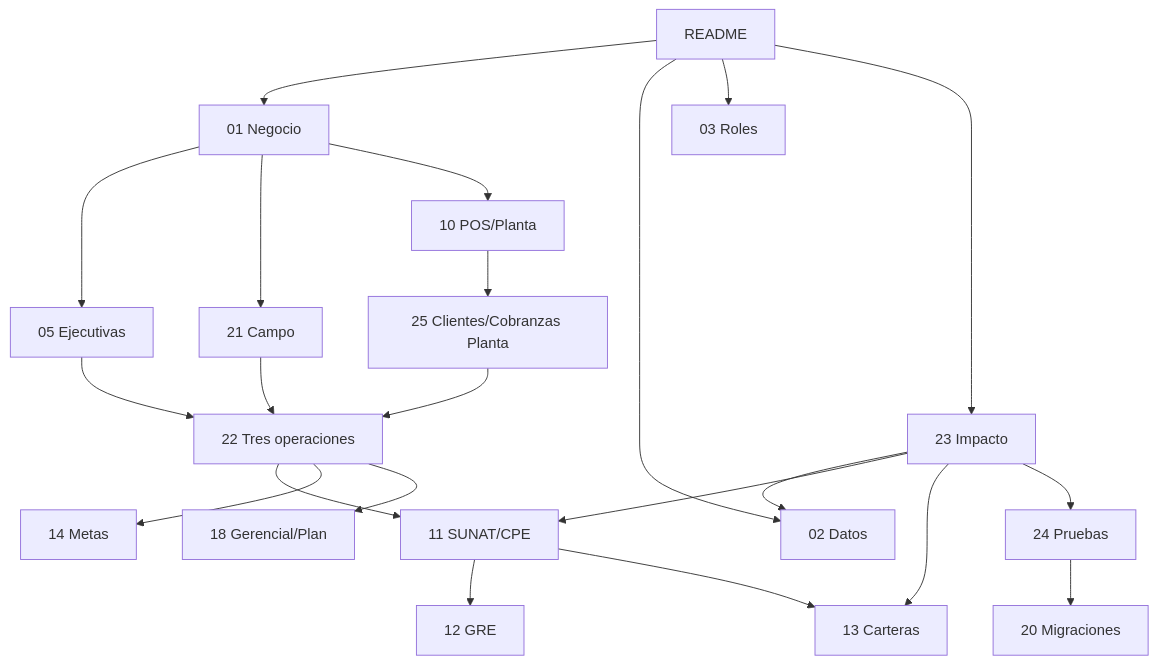
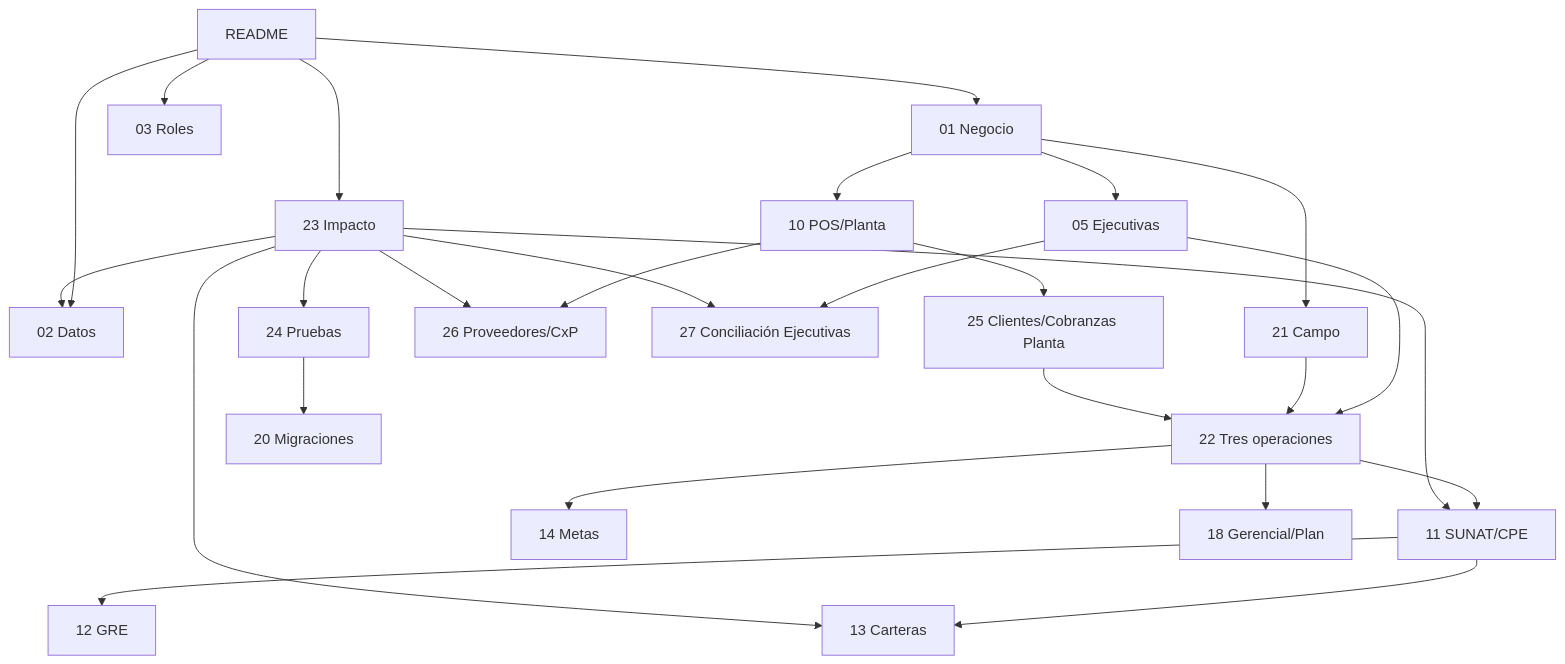
Before and after one commit to HugoHerreraCoach/transavic: the diagram in docs/arquitectura/README.md, drawn with Mermaid. The commit also changed other lines of this file and 81 other files, not shown here.

````diff
--- a/docs/arquitectura/README.md
+++ b/docs/arquitectura/README.md
@@ -65,28 +70,32 @@
 ```mermaid
 graph TD
     R[README] --> N[01 Negocio]
     R --> D[02 Datos]
     R --> P[03 Roles]
     R --> I[23 Impacto]
 
     N --> E[05 Ejecutivas]
     N --> C[21 Campo]
     N --> POS[10 POS/Planta]
     POS --> CP[25 Clientes/Cobranzas Planta]
+    POS --> PC[26 Proveedores/CxP]
 
     E --> O[22 Tres operaciones]
+    E --> VE[27 Conciliación Ejecutivas]
     C --> O
     CP --> O
 
     O --> S[11 SUNAT/CPE]
     S --> G[12 GRE]
     S --> COB[13 Carteras]
     O --> M[14 Metas]
     O --> GER[18 Gerencial/Plan]
 
     I --> D
     I --> S
     I --> COB
+    I --> PC
+    I --> VE
     I --> T[24 Pruebas]
     T --> DEP[20 Migraciones]
 ```
````
